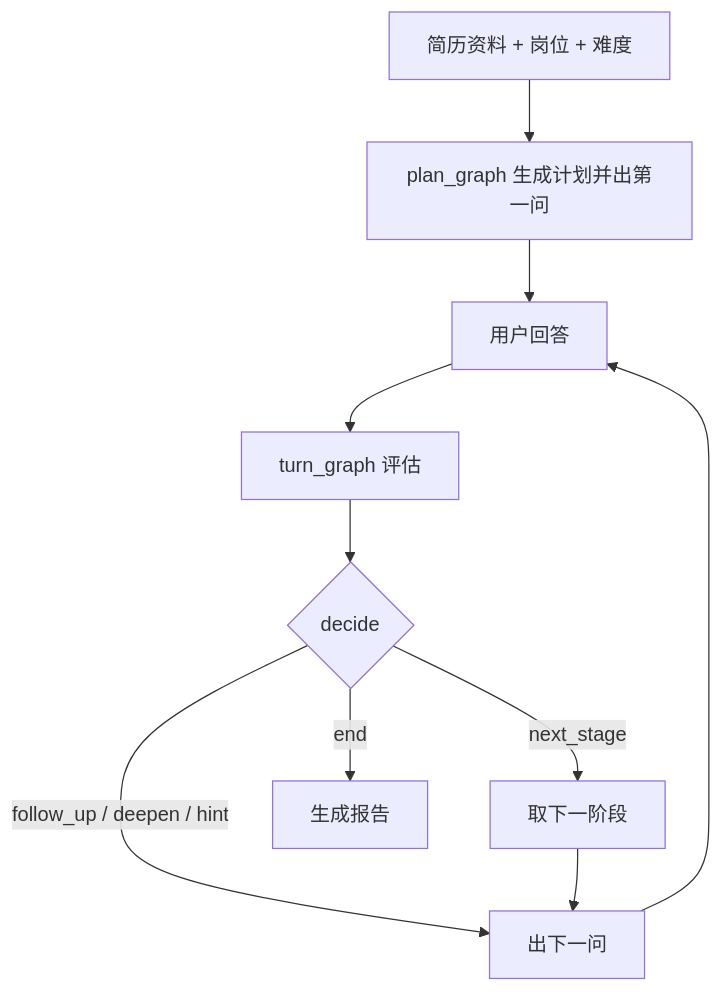
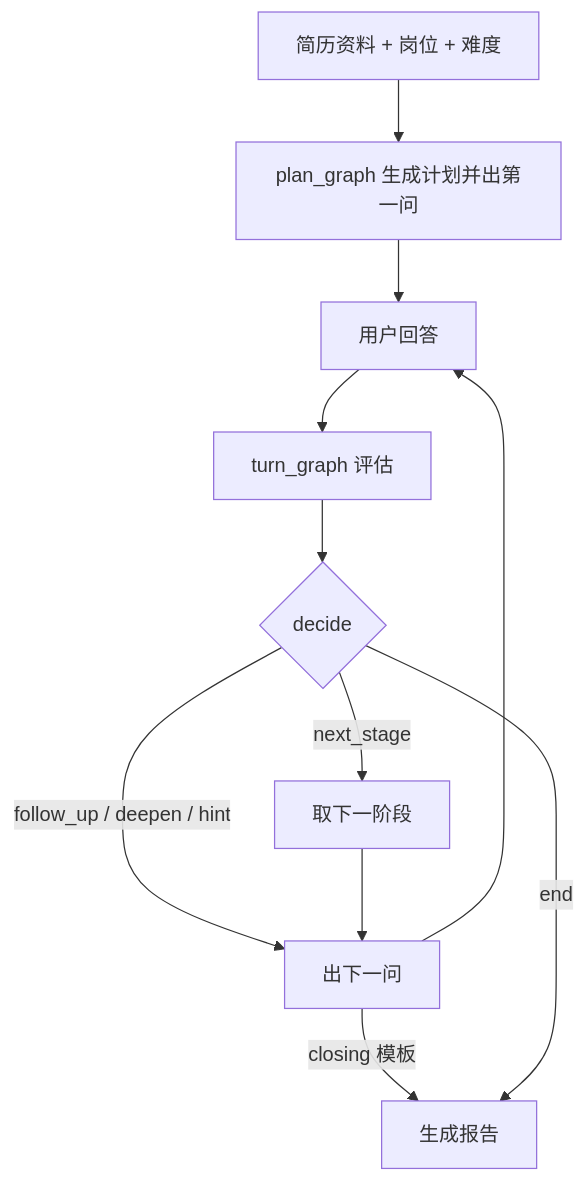
The second of 2 diagrams in docs/interview-design.md (623zhu/interview), drawn with Mermaid before and after one commit. The commit also changed other lines of this file and 9 other files, not shown here.

````diff
--- a/docs/interview-design.md
+++ b/docs/interview-design.md
@@ -104,12 +104,13 @@
 ```mermaid
 flowchart TD
     A[简历资料 + 岗位 + 难度] --> B[plan_graph 生成计划并出第一问]
     B --> C[用户回答]
     C --> D[turn_graph 评估]
     D --> E{decide}
     E -->|follow_up / deepen / hint| F[出下一问]
     E -->|next_stage| G[取下一阶段]
     G --> F
-    E -->|end| H[生成报告]
+    F -->|closing 模板| H[生成报告]
+    E -->|end| H
     F --> C
 ```
````
